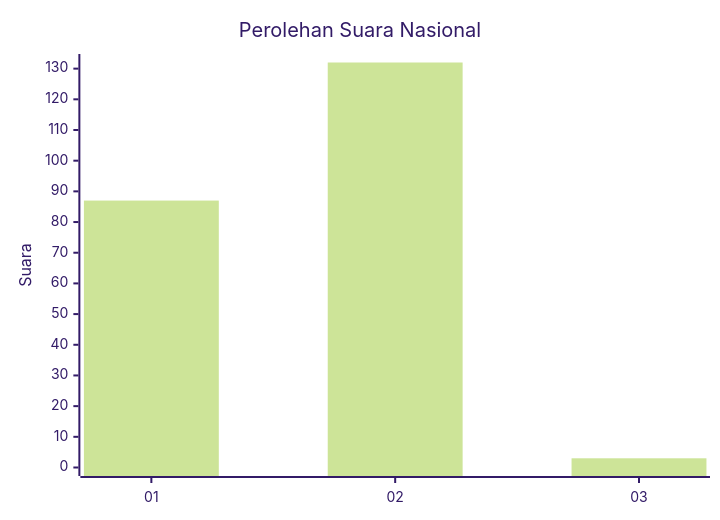
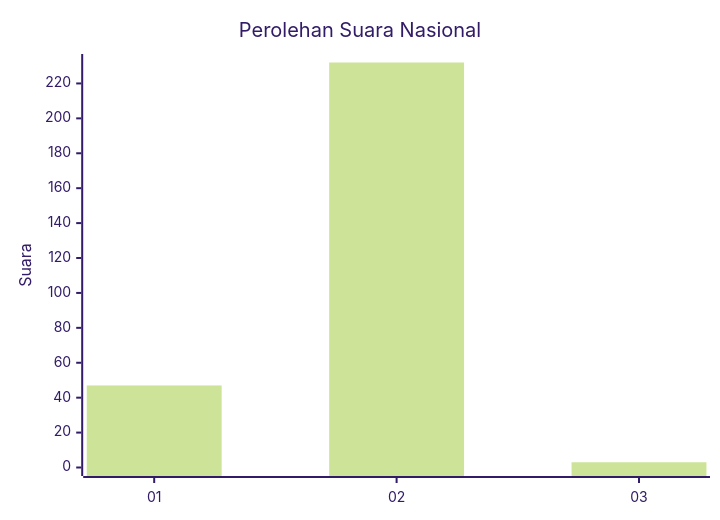
The first of 2 diagrams in pilpres/hitung-suara/sub/52-nusa-tenggara-barat/sub/01-lombok-barat/sub/01-gerung/sub/1001-gerung-utara/sub/013-tps/README.md (gigit-pemilu/pemilu-2024-52-nusa-tenggara-barat), drawn with Mermaid (forest theme) before and after one commit. The commit also changed other lines of this file and 721 other files, not shown here.

````diff
--- a/pilpres/hitung-suara/sub/52-nusa-tenggara-barat/sub/01-lombok-barat/sub/01-gerung/sub/1001-gerung-utara/sub/013-tps/README.md
+++ b/pilpres/hitung-suara/sub/52-nusa-tenggara-barat/sub/01-lombok-barat/sub/01-gerung/sub/1001-gerung-utara/sub/013-tps/README.md
@@ -5,7 +5,7 @@
 ```mermaid
 xychart-beta
     title "Perolehan Suara Nasional"
     x-axis [01, 02, 03]
-    y-axis "Suara" 0 --> 132
-    bar [87, 132, 3]
+    y-axis "Suara" 0 --> 232
+    bar [47, 232, 3]
 ```
````
